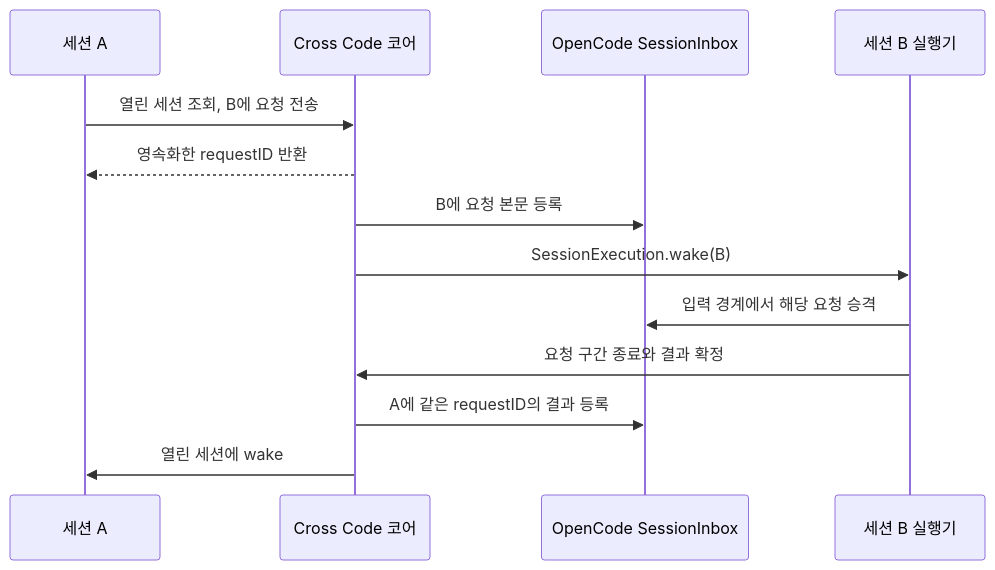
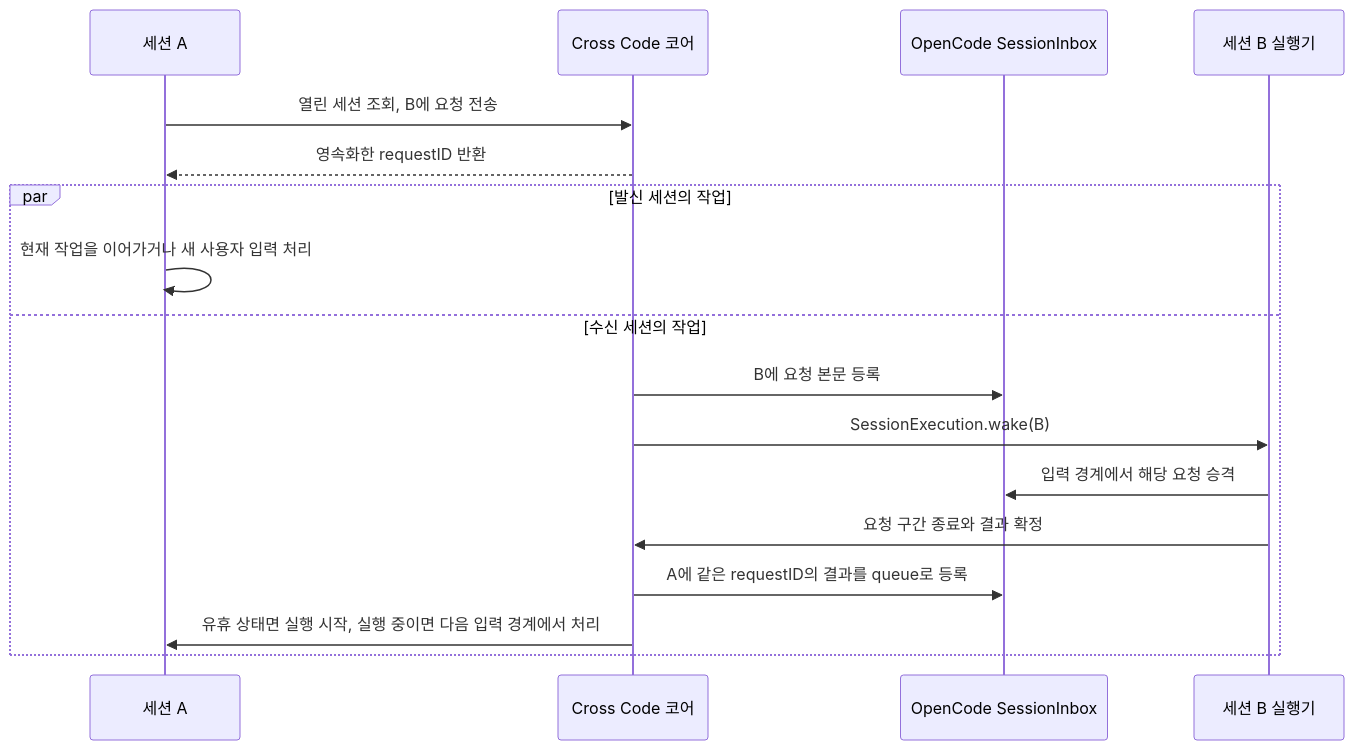
One commit to moelee835/cross-code changed the diagram in specs/v2/cross-session-messaging.md. Above: the diagram before and after it, drawn with Mermaid. The commit also changed other lines of this file, not shown here.

First line of the commit message:
docs(session): require asynchronous message delivery

````diff
--- a/specs/v2/cross-session-messaging.md
+++ b/specs/v2/cross-session-messaging.md
@@ -24,15 +26,19 @@
 ```mermaid
 sequenceDiagram
     participant A as 세션 A
     participant C as Cross Code 코어
     participant I as OpenCode SessionInbox
     participant B as 세션 B 실행기
     A->>C: 열린 세션 조회, B에 요청 전송
     C-->>A: 영속화한 requestID 반환
-    C->>I: B에 요청 본문 등록
-    C->>B: SessionExecution.wake(B)
-    B->>I: 입력 경계에서 해당 요청 승격
-    B->>C: 요청 구간 종료와 결과 확정
-    C->>I: A에 같은 requestID의 결과 등록
-    C->>A: 열린 세션에 wake
+    par 발신 세션의 작업
+        A->>A: 현재 작업을 이어가거나 새 사용자 입력 처리
+    and 수신 세션의 작업
+        C->>I: B에 요청 본문 등록
+        C->>B: SessionExecution.wake(B)
+        B->>I: 입력 경계에서 해당 요청 승격
+        B->>C: 요청 구간 종료와 결과 확정
+        C->>I: A에 같은 requestID의 결과를 queue로 등록
+        C->>A: 유휴 상태면 실행 시작, 실행 중이면 다음 입력 경계에서 처리
+    end
 ```
````
